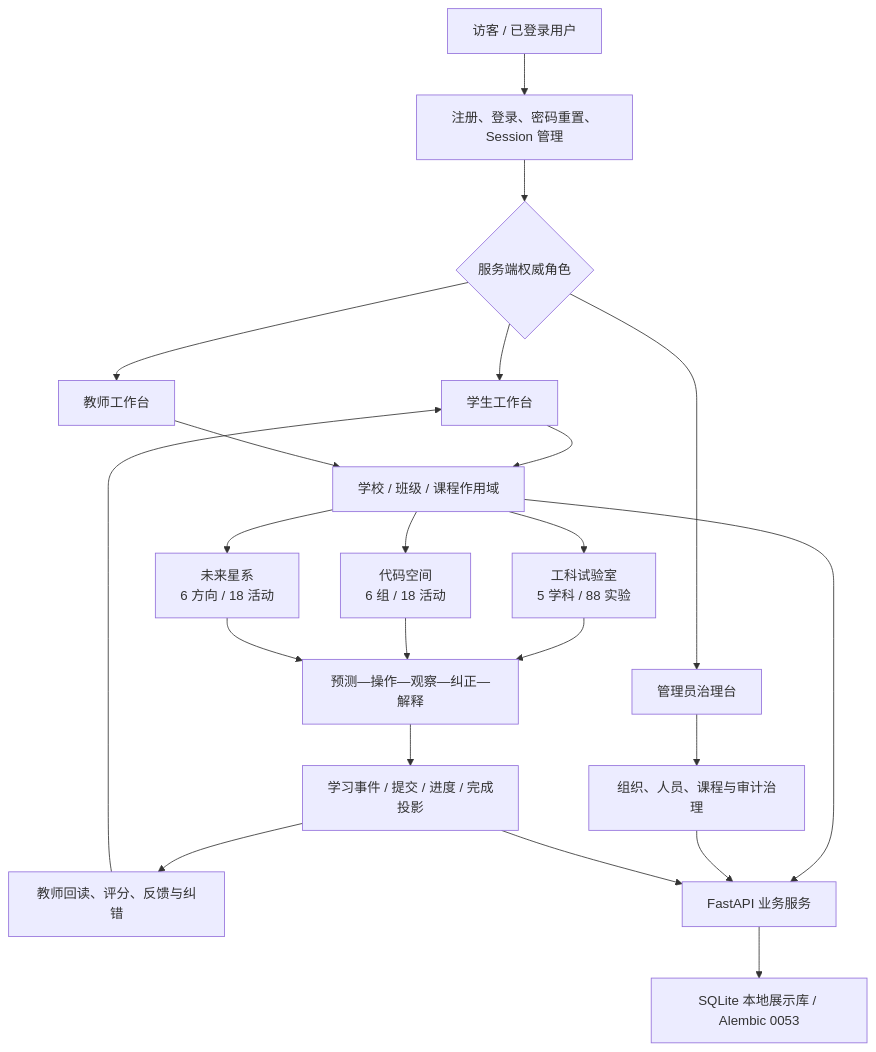
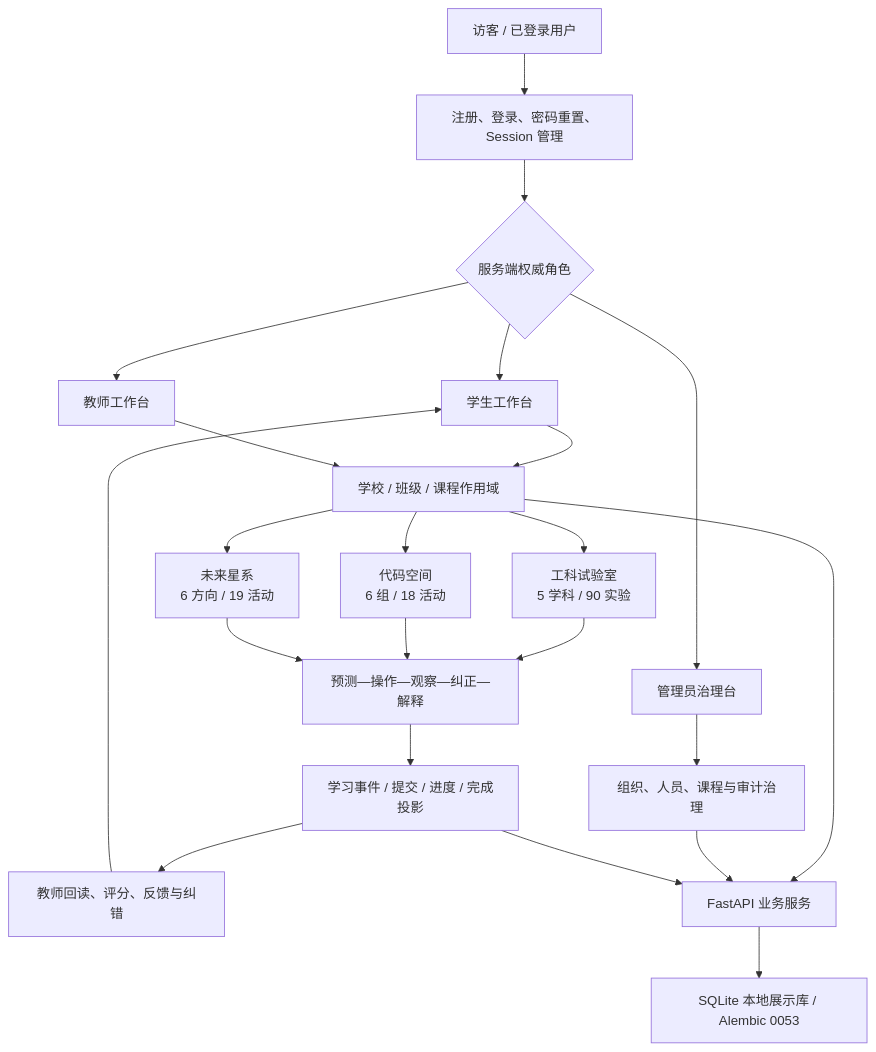
The first of 2 diagrams in doc/01-子文档/19-当前功能业务闭环与展示边界.md (falling-feather/Astra), drawn with Mermaid before and after one commit. The commit also changed other lines of this file and 37 other files, not shown here.

````diff
--- a/doc/01-子文档/19-当前功能业务闭环与展示边界.md
+++ b/doc/01-子文档/19-当前功能业务闭环与展示边界.md
@@ -83,28 +85,28 @@
 ```mermaid
 flowchart TB
     U["访客 / 已登录用户"] --> AUTH["注册、登录、密码重置、Session 管理"]
     AUTH --> ROLE{"服务端权威角色"}
     ROLE --> S["学生工作台"]
     ROLE --> T["教师工作台"]
     ROLE --> A["管理员治理台"]
 
     S --> SCOPE["学校 / 班级 / 课程作用域"]
     T --> SCOPE
     A --> GOV["组织、人员、课程与审计治理"]
 
-    SCOPE --> ENGLAB["工科试验室<br/>5 学科 / 88 实验"]
+    SCOPE --> ENGLAB["工科试验室<br/>5 学科 / 90 实验"]
     SCOPE --> CODE["代码空间<br/>6 组 / 18 活动"]
-    SCOPE --> FUTURE["未来星系<br/>6 方向 / 18 活动"]
+    SCOPE --> FUTURE["未来星系<br/>6 方向 / 19 活动"]
 
     ENGLAB --> ACT["预测—操作—观察—纠正—解释"]
     CODE --> ACT
     FUTURE --> ACT
     ACT --> EVIDENCE["学习事件 / 提交 / 进度 / 完成投影"]
     EVIDENCE --> FEEDBACK["教师回读、评分、反馈与纠错"]
     FEEDBACK --> S
 
     SCOPE --> API["FastAPI 业务服务"]
     GOV --> API
     EVIDENCE --> API
     API --> DB["SQLite 本地展示库 / Alembic 0053"]
 ```
````
